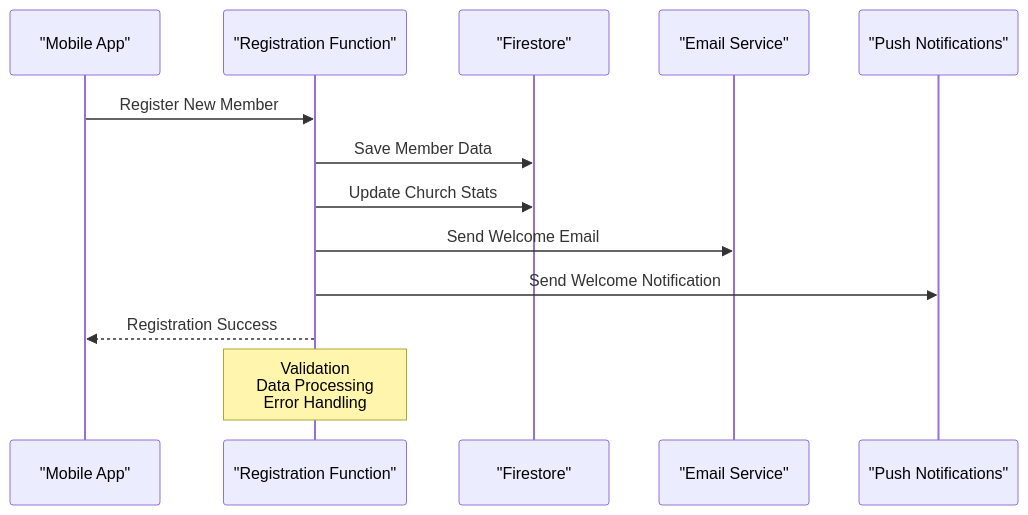
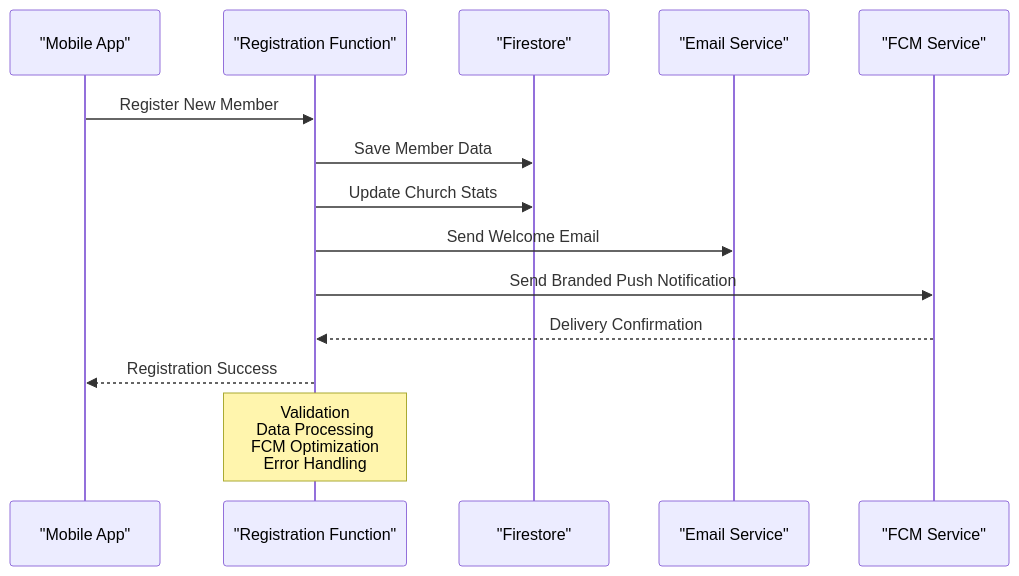
One commit to raihom-netizen/com.gestaoyahwehios.app changed the fourth of 16 diagrams in .qoder/repowiki/en/content/Cloud Functions & Backend Services/Cloud Functions & Backend Services.md. Above: the diagram before and after it, drawn with Mermaid. The commit also changed other lines of this file and 161 other files, not shown here.

````diff
--- a/.qoder/repowiki/en/content/Cloud Functions & Backend Services/Cloud Functions & Backend Services.md
+++ b/.qoder/repowiki/en/content/Cloud Functions & Backend Services/Cloud Functions & Backend Services.md
@@ -247,15 +261,16 @@
 ```mermaid
 sequenceDiagram
 participant App as "Mobile App"
 participant Functions as "Registration Function"
 participant Firestore as "Firestore"
 participant Email as "Email Service"
-participant Push as "Push Notifications"
+participant FCM as "FCM Service"
 App->>Functions : Register New Member
 Functions->>Firestore : Save Member Data
 Functions->>Firestore : Update Church Stats
 Functions->>Email : Send Welcome Email
-Functions->>Push : Send Welcome Notification
+Functions->>FCM : Send Branded Push Notification
+FCM-->>Functions : Delivery Confirmation
 Functions-->>App : Registration Success
-Note over Functions : Validation<br/>Data Processing<br/>Error Handling
+Note over Functions : Validation<br/>Data Processing<br/>FCM Optimization<br/>Error Handling
 ```
````
